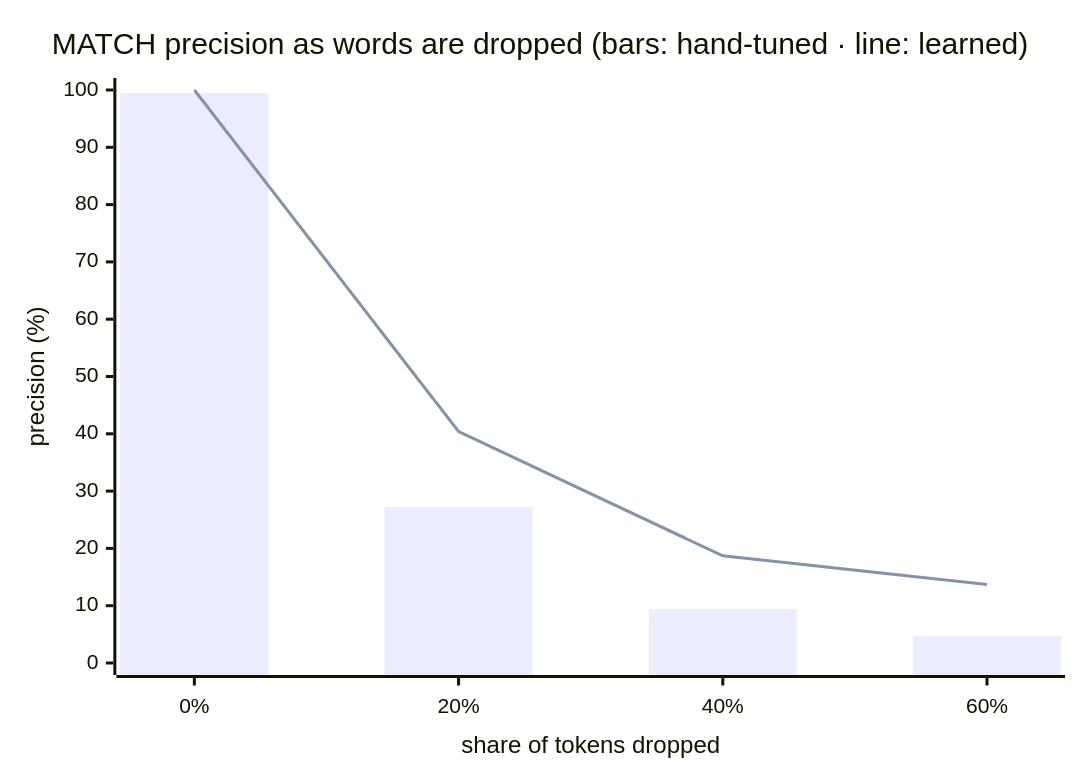
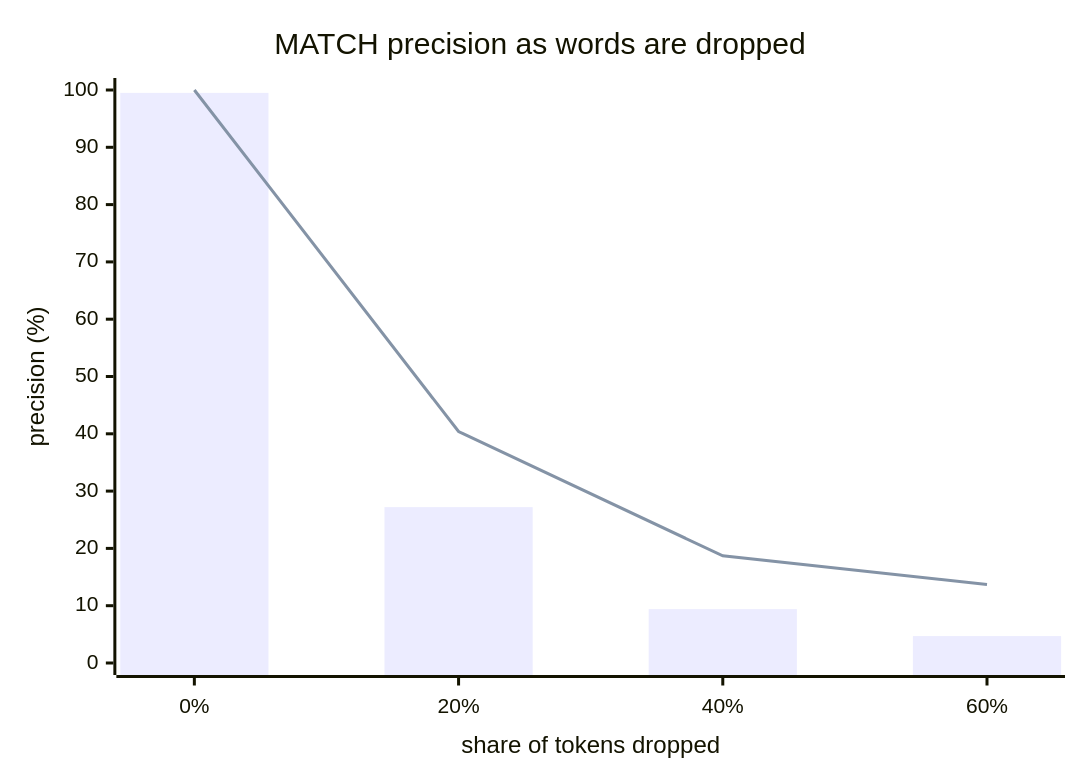
The fourth of 5 diagrams in README.md (moulishk2205/SANGAM), drawn with Mermaid before and after one commit. The commit also changed other lines of this file, not shown here.

Commit message:
README: chart legend in the caption so the title fits

````diff
--- a/README.md
+++ b/README.md
@@ -382,8 +382,8 @@
 ```mermaid
 xychart-beta
-    title "MATCH precision as words are dropped (bars: hand-tuned · line: learned)"
+    title "MATCH precision as words are dropped"
     x-axis "share of tokens dropped" ["0%", "20%", "40%", "60%"]
     y-axis "precision (%)" 0 --> 100
     bar [99.5, 27.2, 9.4, 4.7]
     line [100.0, 40.4, 18.7, 13.7]
 ```
````
